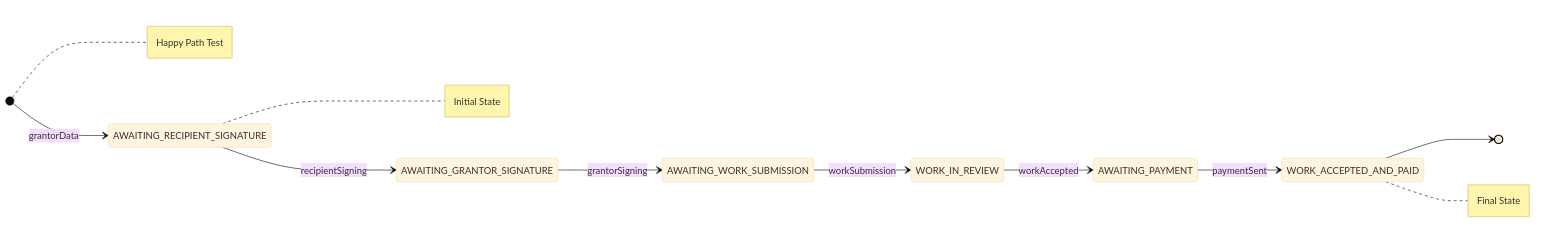
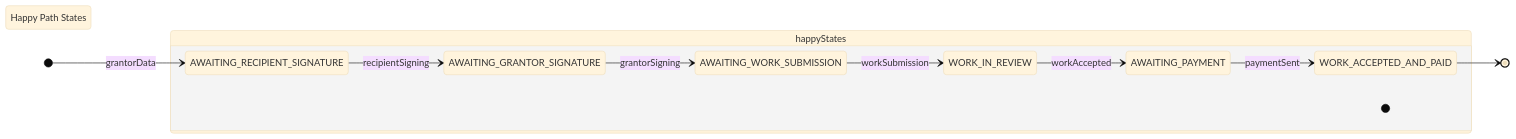
Before and after one commit to Consensys-Network-State/signet-execution-prototype: the first of 5 diagrams in lua-actor/src/dfsm-with-tx.md, drawn with Mermaid (base theme). The commit also changed other lines of this file, not shown here.

````diff
--- a/lua-actor/src/dfsm-with-tx.md
+++ b/lua-actor/src/dfsm-with-tx.md
@@ -4,15 +4,24 @@
 ```mermaid
 stateDiagram-v2
     direction LR
+    
+    state "Happy Path States" as happyStates #LightGreen
+    
     [*] --> AWAITING_RECIPIENT_SIGNATURE: grantorData
     AWAITING_RECIPIENT_SIGNATURE --> AWAITING_GRANTOR_SIGNATURE: recipientSigning
     AWAITING_GRANTOR_SIGNATURE --> AWAITING_WORK_SUBMISSION: grantorSigning
     AWAITING_WORK_SUBMISSION --> WORK_IN_REVIEW: workSubmission
     WORK_IN_REVIEW --> AWAITING_PAYMENT: workAccepted
     AWAITING_PAYMENT --> WORK_ACCEPTED_AND_PAID: paymentSent
     WORK_ACCEPTED_AND_PAID --> [*]
     
-    note right of [*]: Happy Path Test
-    note right of AWAITING_RECIPIENT_SIGNATURE: Initial State
-    note right of WORK_ACCEPTED_AND_PAID: Final State
+    state happyStates {
+        [*]
+        AWAITING_RECIPIENT_SIGNATURE
+        AWAITING_GRANTOR_SIGNATURE
+        AWAITING_WORK_SUBMISSION
+        WORK_IN_REVIEW
+        AWAITING_PAYMENT
+        WORK_ACCEPTED_AND_PAID
+    }
 ```
````
